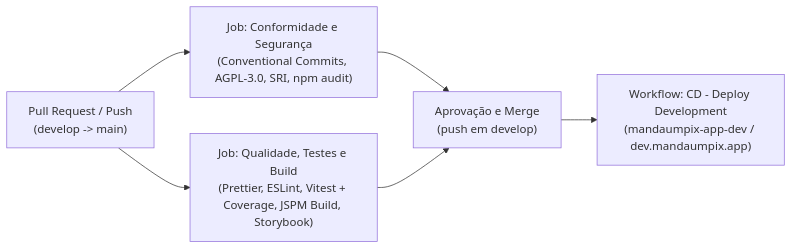
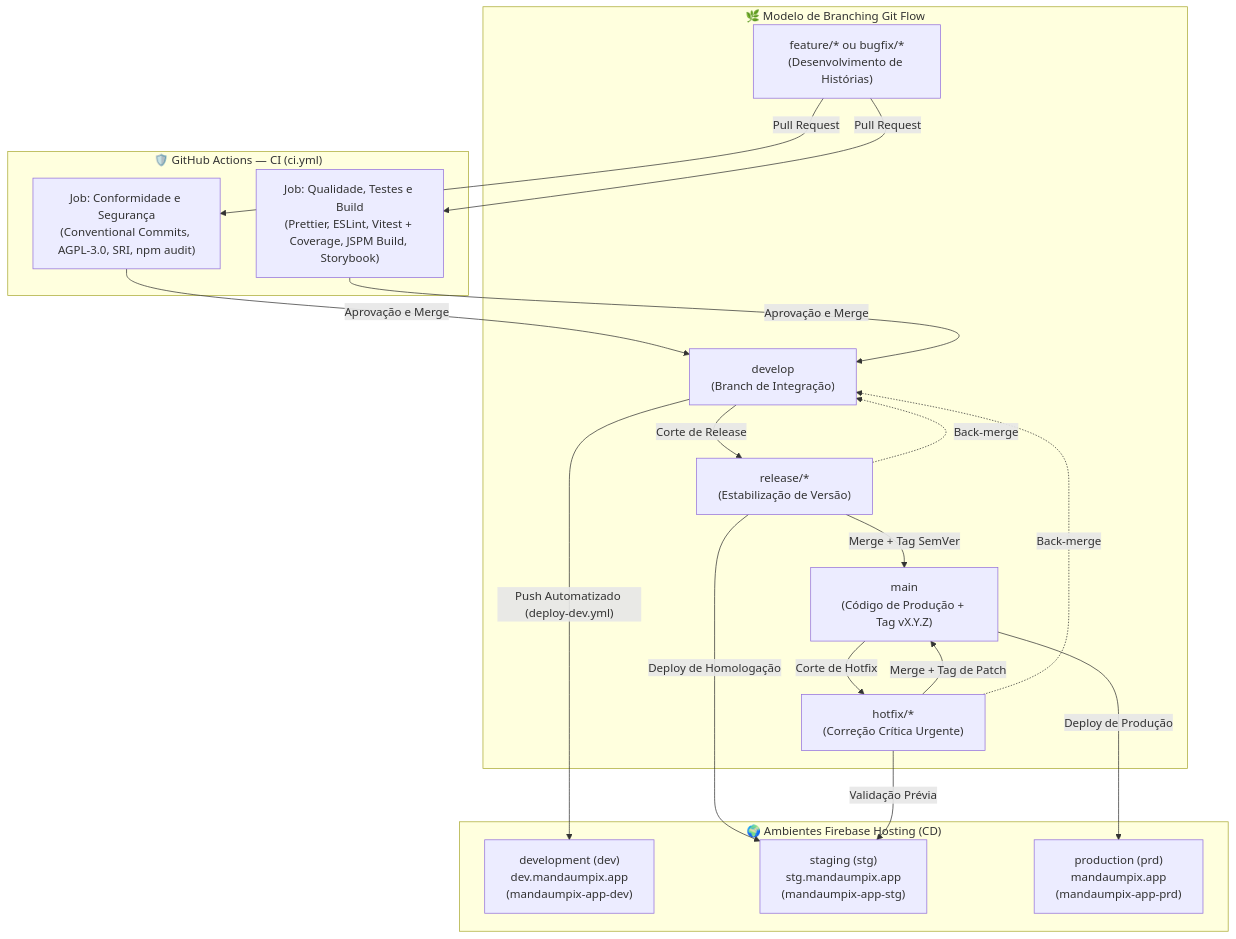
Before and after one commit to luizcanet/mandaumpix.app: the diagram in docs/deployment/pipeline.md, drawn with Mermaid. The commit also changed other lines of this file and 8 other files, not shown here.

Commit message:
docs: add ADR 0005 for Git Flow branching model and update documentation

````diff
--- a/docs/deployment/pipeline.md
+++ b/docs/deployment/pipeline.md
@@ -13,8 +13,34 @@
 ```mermaid
-flowchart LR
-    PR["Pull Request / Push<br/>(develop -> main)"] --> Comp["Job: Conformidade e Segurança<br/>(Conventional Commits, AGPL-3.0, SRI, npm audit)"]
-    PR --> Qual["Job: Qualidade, Testes e Build<br/>(Prettier, ESLint, Vitest + Coverage, JSPM Build, Storybook)"]
-    Comp --> Merge["Aprovação e Merge<br/>(push em develop)"]
-    Qual --> Merge
-    Merge --> DeployDev["Workflow: CD - Deploy Development<br/>(mandaumpix-app-dev / dev.mandaumpix.app)"]
+flowchart TD
+    subgraph GitFlow["🌿 Modelo de Branching Git Flow"]
+        Feat["feature/* ou bugfix/*<br/>(Desenvolvimento de Histórias)"]
+        Dev["develop<br/>(Branch de Integração)"]
+        Rel["release/*<br/>(Estabilização de Versão)"]
+        Hot["hotfix/*<br/>(Correção Crítica Urgente)"]
+        Main["main<br/>(Código de Produção + Tag vX.Y.Z)"]
+    end
+
+    subgraph CI["🛡️ GitHub Actions — CI (ci.yml)"]
+        Comp["Job: Conformidade e Segurança<br/>(Conventional Commits, AGPL-3.0, SRI, npm audit)"]
+        Qual["Job: Qualidade, Testes e Build<br/>(Prettier, ESLint, Vitest + Coverage, JSPM Build, Storybook)"]
+    end
+
+    subgraph CD["🌍 Ambientes Firebase Hosting (CD)"]
+        EnvDev["development (dev)<br/>dev.mandaumpix.app<br/>(mandaumpix-app-dev)"]
+        EnvStg["staging (stg)<br/>stg.mandaumpix.app<br/>(mandaumpix-app-stg)"]
+        EnvPrd["production (prd)<br/>mandaumpix.app<br/>(mandaumpix-app-prd)"]
+    end
+
+    Feat -->|"Pull Request"| Comp & Qual
+    Comp & Qual -->|"Aprovação e Merge"| Dev
+    Dev -->|"Push Automatizado (deploy-dev.yml)"| EnvDev
+    Dev -->|"Corte de Release"| Rel
+    Rel -->|"Deploy de Homologação"| EnvStg
+    Rel -->|"Merge + Tag SemVer"| Main
+    Rel -.->|"Back-merge"| Dev
+    Main -->|"Corte de Hotfix"| Hot
+    Hot -->|"Validação Prévia"| EnvStg
+    Hot -->|"Merge + Tag de Patch"| Main
+    Hot -.->|"Back-merge"| Dev
+    Main -->|"Deploy de Produção"| EnvPrd
 ```
````
